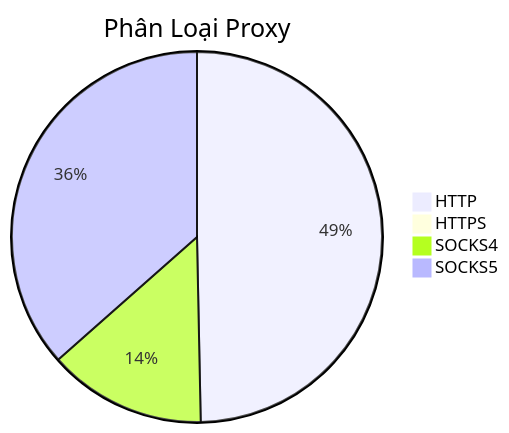
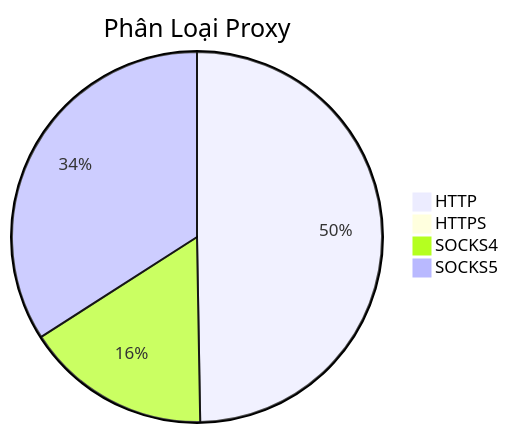
The diagram in README.md (Ciara-Aa/PROXY-free), drawn with Mermaid before and after one commit. The commit also changed other lines of this file and 4 other files, not shown here.

````diff
--- a/README.md
+++ b/README.md
@@ -26,7 +26,7 @@
 ```mermaid
 pie title Phân Loại Proxy
-    "HTTP" : 385
-    "HTTPS" : 6
-    "SOCKS4" : 107
-    "SOCKS5" : 283
+    "HTTP" : 359
+    "HTTPS" : 2
+    "SOCKS4" : 117
+    "SOCKS5" : 246
 ```
````
